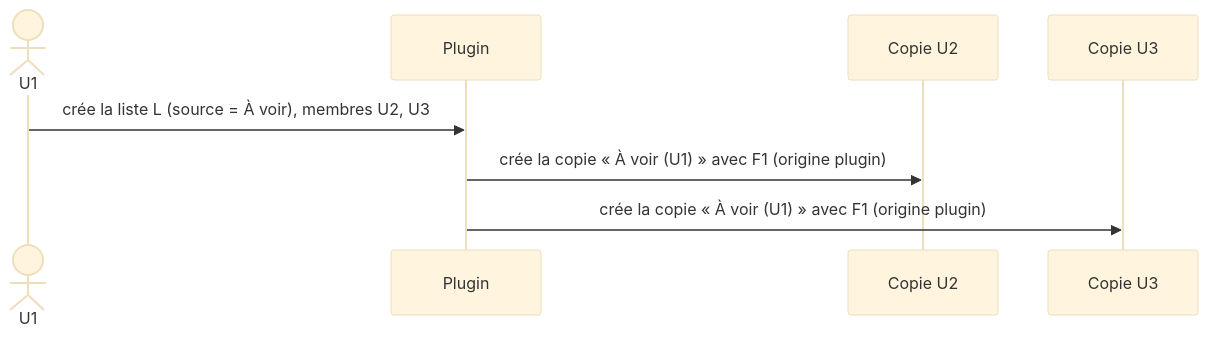
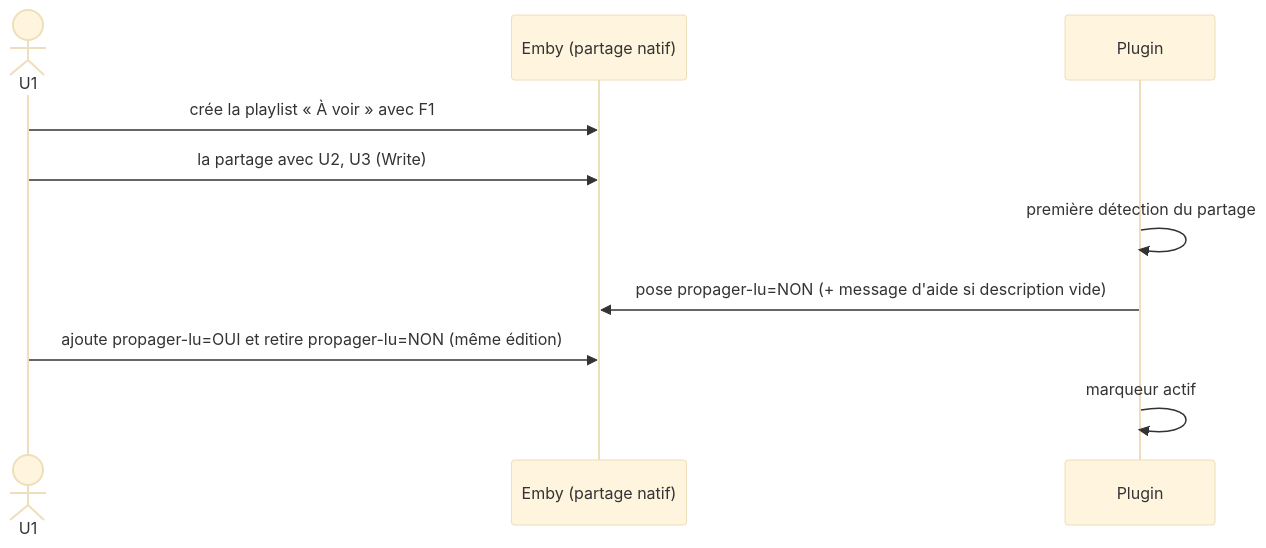
The first of 5 diagrams in docs/chronogrammes.md (CCoupel/Emby_PlaySync), drawn with Mermaid (base theme) before and after one commit. The commit also changed other lines of this file and 1 other file, not shown here.

Commit message:
docs: aligne la spec et le README sur le marqueur propager-lu et l'avancement (#17, #48)

````diff
--- a/docs/chronogrammes.md
+++ b/docs/chronogrammes.md
@@ -93,10 +120,12 @@
 ```mermaid
 sequenceDiagram
     actor U1
+    participant E as Emby (partage natif)
     participant P as Plugin
-    participant U2 as Copie U2
-    participant U3 as Copie U3
-    U1->>P: crée la liste L (source = À voir), membres U2, U3
-    P->>U2: crée la copie « À voir (U1) » avec F1 (origine plugin)
-    P->>U3: crée la copie « À voir (U1) » avec F1 (origine plugin)
+    U1->>E: crée la playlist « À voir » avec F1
+    U1->>E: la partage avec U2, U3 (Write)
+    P->>P: première détection du partage
+    P->>E: pose propager-lu=NON (+ message d'aide si description vide)
+    U1->>E: ajoute propager-lu=OUI et retire propager-lu=NON (même édition)
+    P->>P: marqueur actif
 ```
````
